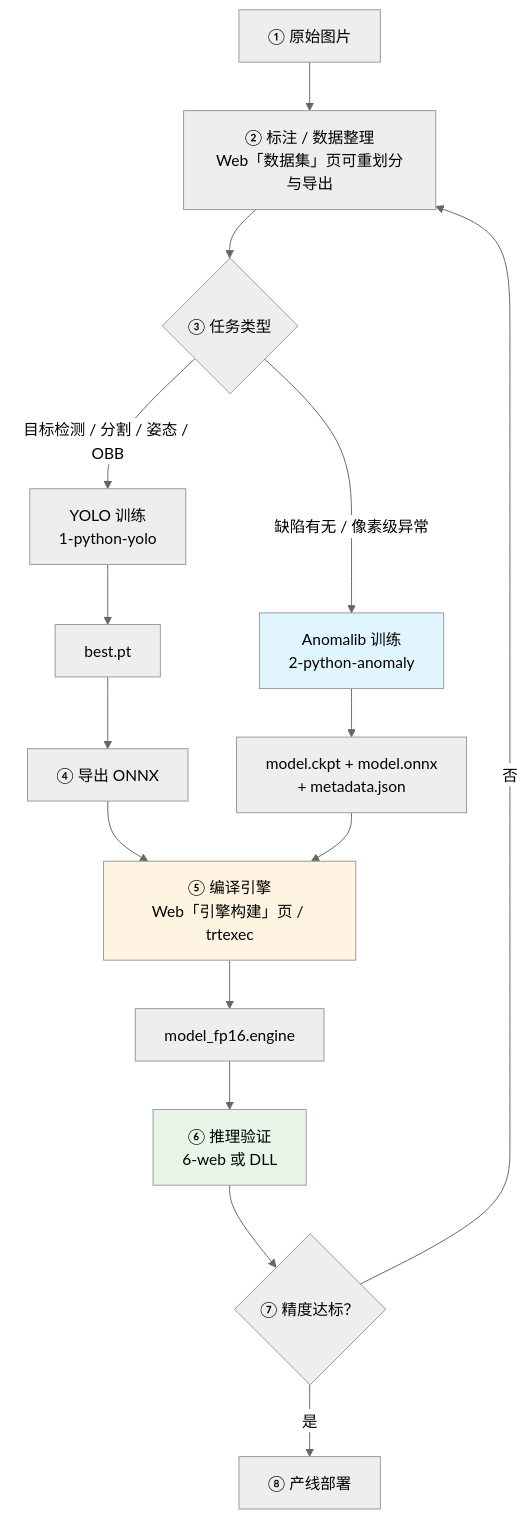
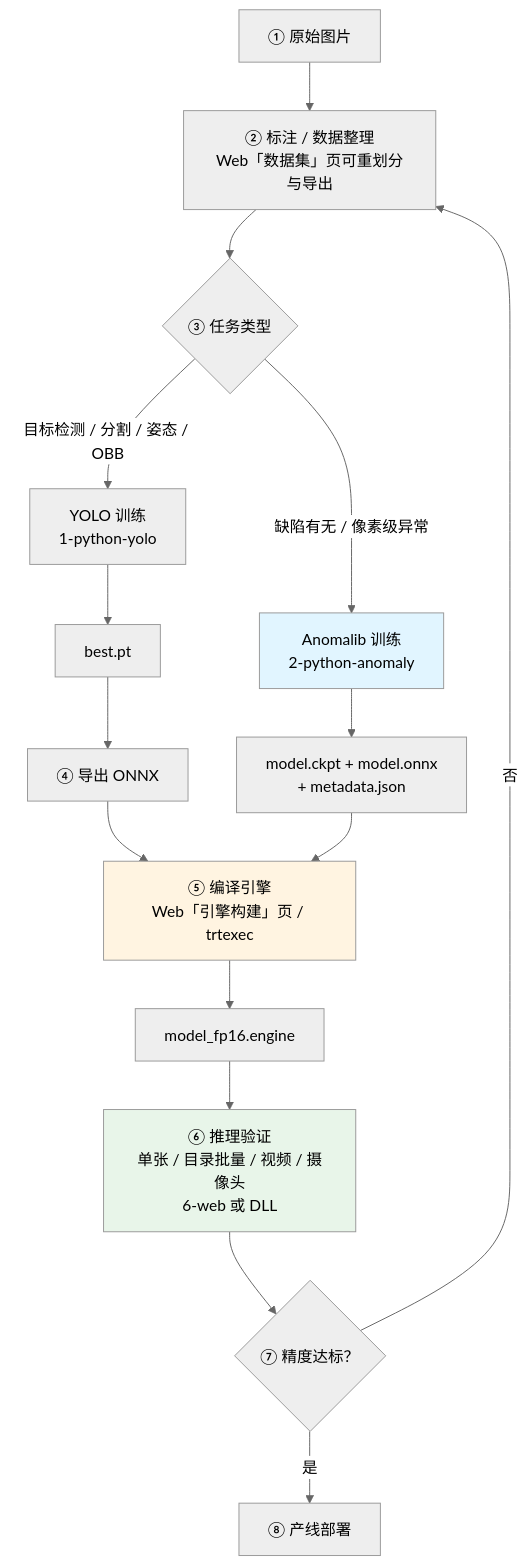
Before and after one commit to jusitfy0913/dp-tool: the diagram in docs/WORKFLOW_GUIDE.md, drawn with Mermaid (neutral theme). The commit also changed other lines of this file and 21 other files, not shown here.

````diff
--- a/docs/WORKFLOW_GUIDE.md
+++ b/docs/WORKFLOW_GUIDE.md
@@ -11,25 +11,25 @@
 ```mermaid
 flowchart TD
     A["① 原始图片"] --> B["② 标注 / 数据整理<br/>Web「数据集」页可重划分与导出"]
     B --> C{"③ 任务类型"}
 
     C -->|"目标检测 / 分割 / 姿态 / OBB"| D["YOLO 训练<br/>1-python-yolo"]
     C -->|"缺陷有无 / 像素级异常"| E["Anomalib 训练<br/>2-python-anomaly"]
 
     D --> F["best.pt"]
     E --> G["model.ckpt + model.onnx<br/>+ metadata.json"]
 
     F --> H["④ 导出 ONNX"]
     H --> I["⑤ 编译引擎<br/>Web「引擎构建」页 / trtexec"]
     G --> I
     I --> J["model_fp16.engine"]
 
-    J --> K["⑥ 推理验证<br/>6-web 或 DLL"]
+    J --> K["⑥ 推理验证<br/>单张 / 目录批量 / 视频 / 摄像头<br/>6-web 或 DLL"]
     K --> L{"⑦ 精度达标？"}
     L -->|否| B
     L -->|是| M["⑧ 产线部署"]
 
     style E fill:#e1f5ff
     style I fill:#fff4e1
     style K fill:#e8f5e9
 ```
````
